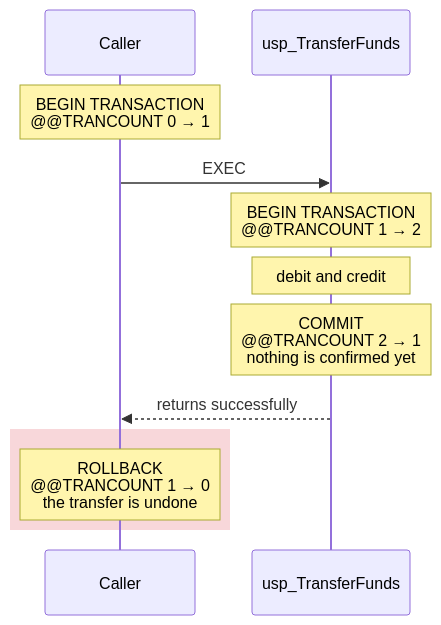
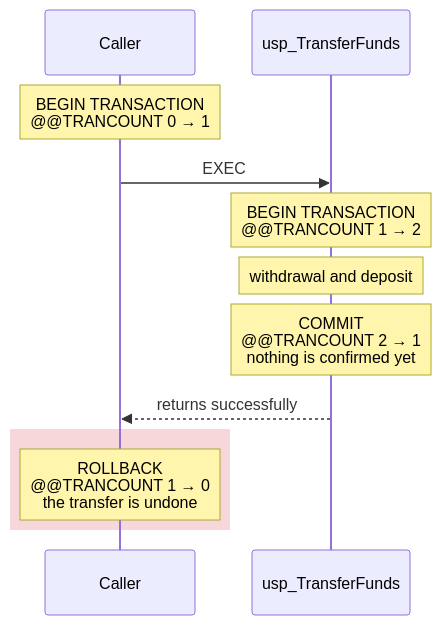
Before and after one commit to tjovic/database-design-labs-public: the fifth of 8 diagrams in labs/lab09-transactions.md, drawn with Mermaid. The commit also changed other lines of this file, not shown here.

````diff
--- a/labs/lab09-transactions.md
+++ b/labs/lab09-transactions.md
@@ -1922,14 +1922,14 @@
 ```mermaid
 sequenceDiagram
     participant C as Caller
     participant P as usp_TransferFunds
     Note over C: BEGIN TRANSACTION<br>@@TRANCOUNT 0 → 1
     C->>P: EXEC
     Note over P: BEGIN TRANSACTION<br>@@TRANCOUNT 1 → 2
-    Note over P: debit and credit
+    Note over P: withdrawal and deposit
     Note over P: COMMIT<br>@@TRANCOUNT 2 → 1<br>nothing is confirmed yet
     P-->>C: returns successfully
     rect rgb(248, 215, 218)
     Note over C: ROLLBACK<br>@@TRANCOUNT 1 → 0<br>the transfer is undone
     end
 ```
````
